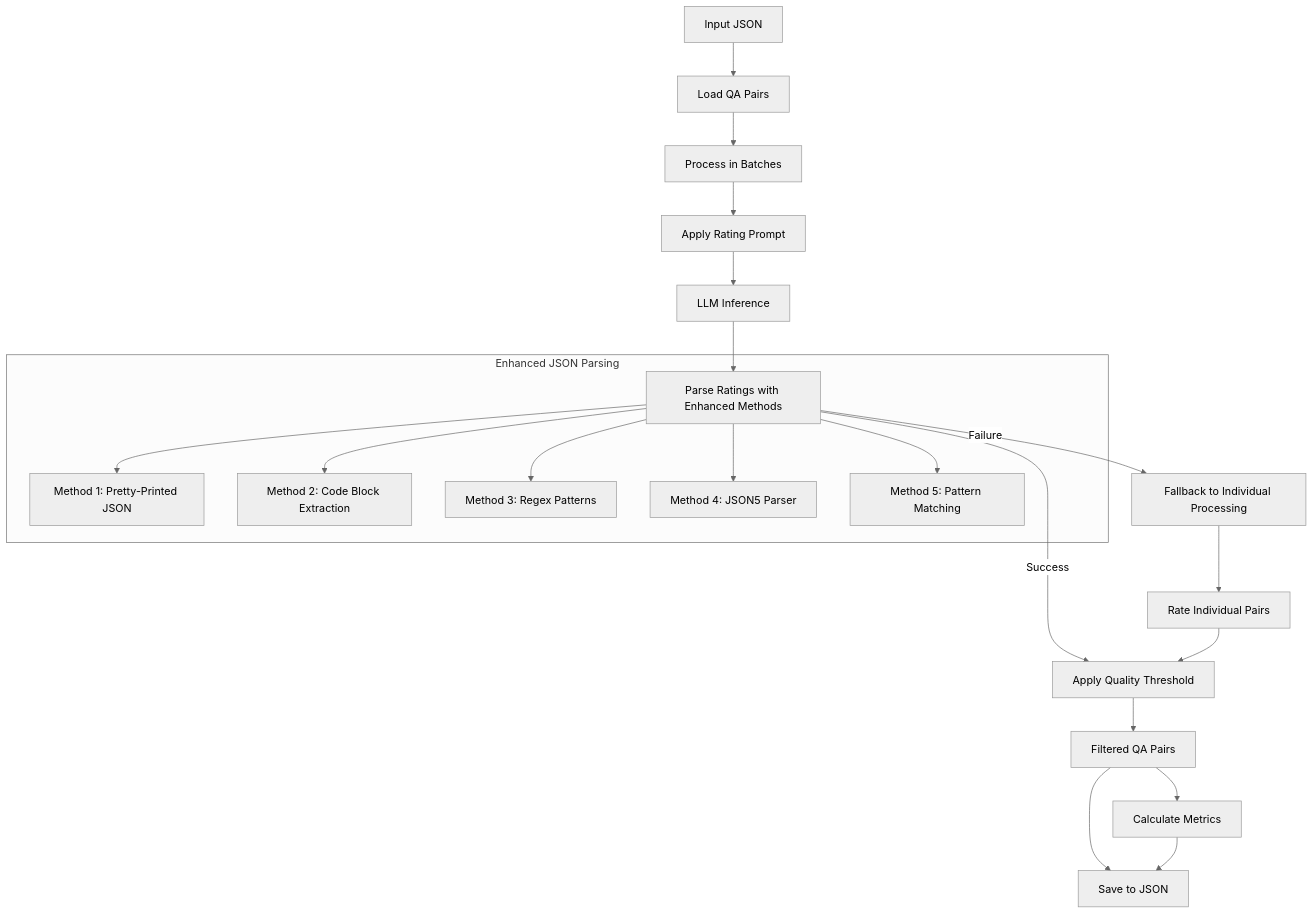
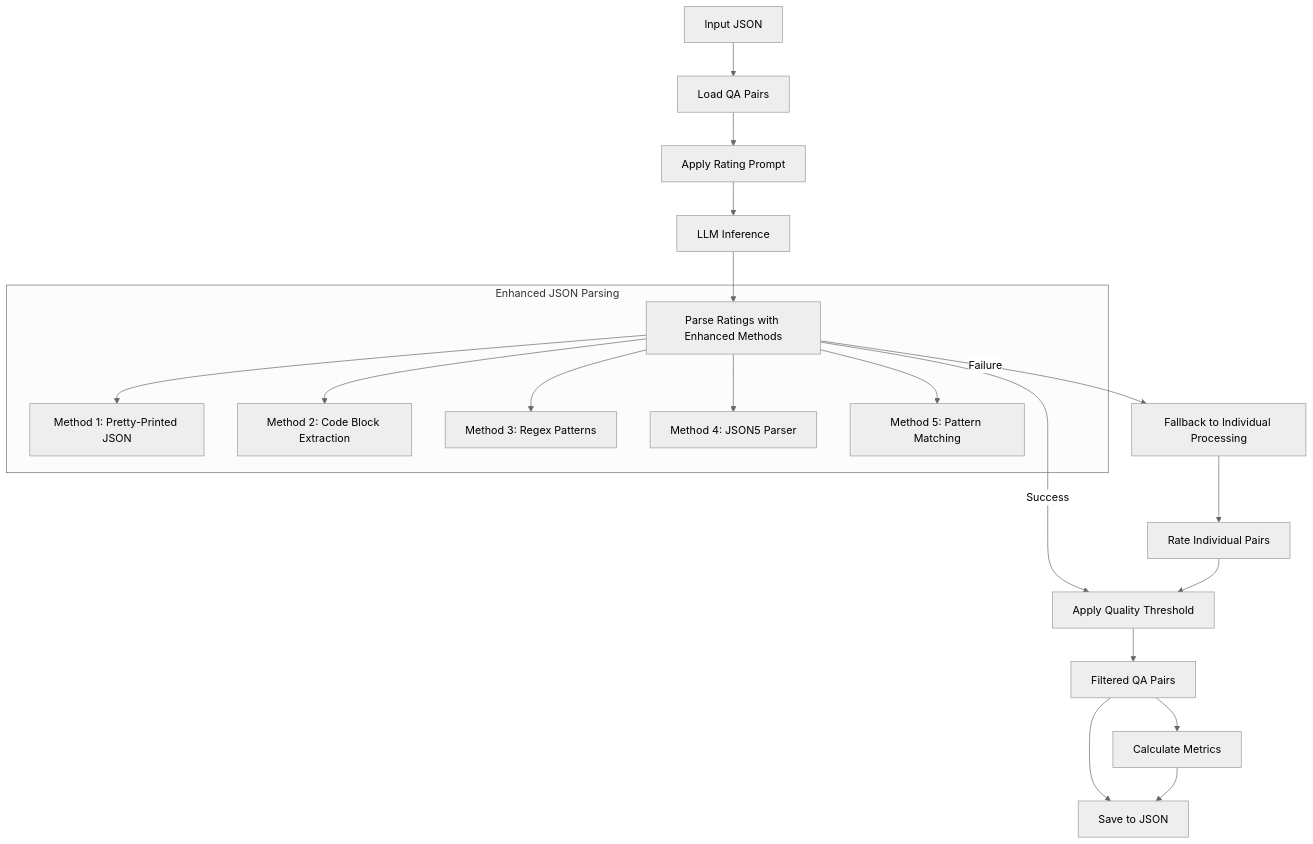
Before and after one commit to AvacynLab/datacreek: the sixth of 7 diagrams in DOCS.md, drawn with Mermaid (neutral theme). The commit also changed other lines of this file and 18 other files, not shown here.

Commit message:
docs: confirm doc/diagram consistency

````diff
--- a/DOCS.md
+++ b/DOCS.md
@@ -637,29 +666,28 @@
 ```mermaid
 graph TD
     InputJSON[Input JSON] --> LoadQAPairs[Load QA Pairs]
-    LoadQAPairs --> BatchProcessing[Process in Batches]
-    
-    BatchProcessing --> QualityPrompt[Apply Rating Prompt]
+    %% QA pairs are processed in batches internally
+    LoadQAPairs --> QualityPrompt[Apply Rating Prompt]
     QualityPrompt --> ModelInference[LLM Inference]
     
     ModelInference --> ParseRatings[Parse Ratings with Enhanced Methods]
     ParseRatings -->|Success| ApplyThreshold[Apply Quality Threshold]
     ParseRatings -->|Failure| FallbackProcessing[Fallback to Individual Processing]
     
     FallbackProcessing --> SinglePairRating[Rate Individual Pairs]
     SinglePairRating --> ApplyThreshold
     
     ApplyThreshold --> FilteredPairs[Filtered QA Pairs]
     FilteredPairs --> QualityMetrics[Calculate Metrics]
     
     FilteredPairs --> SaveResults[Save to JSON]
     QualityMetrics --> SaveResults
     
     subgraph "Enhanced JSON Parsing"
         ParseRatings --> Method1[Method 1: Pretty-Printed JSON]
         ParseRatings --> Method2[Method 2: Code Block Extraction]
         ParseRatings --> Method3[Method 3: Regex Patterns]
         ParseRatings --> Method4[Method 4: JSON5 Parser]
         ParseRatings --> Method5[Method 5: Pattern Matching]
     end
 ```
````
